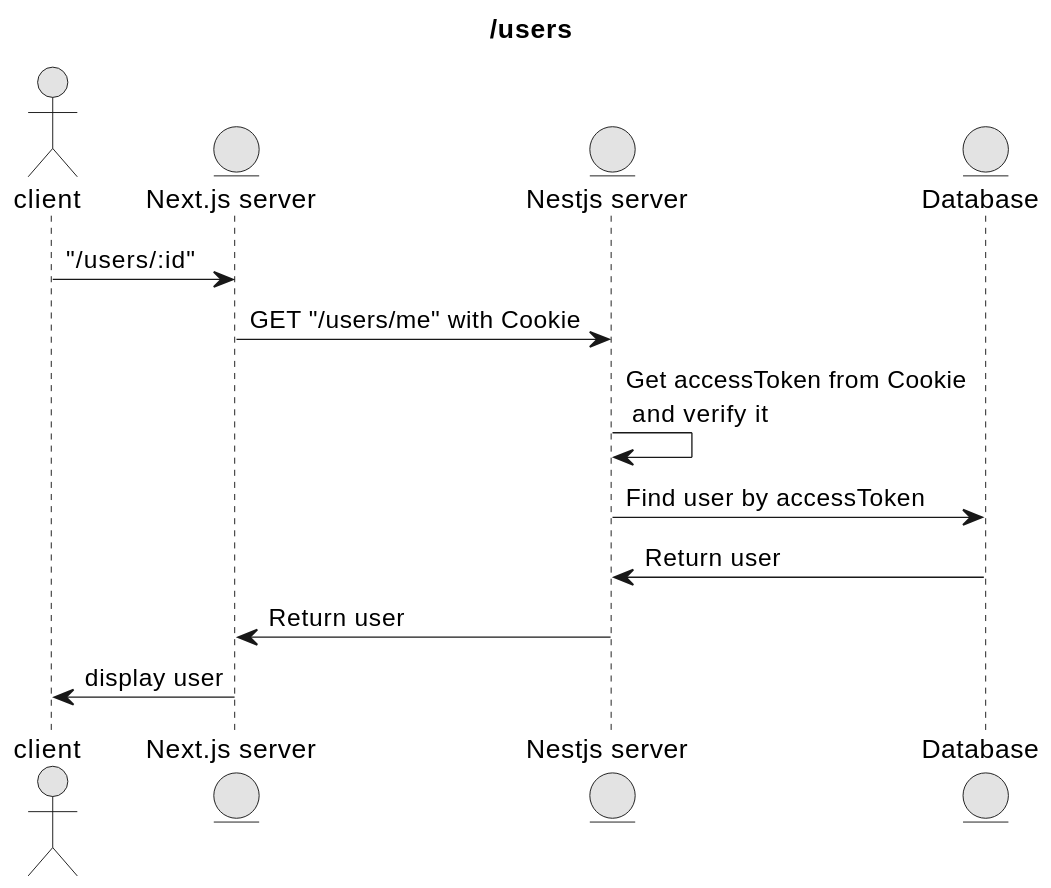
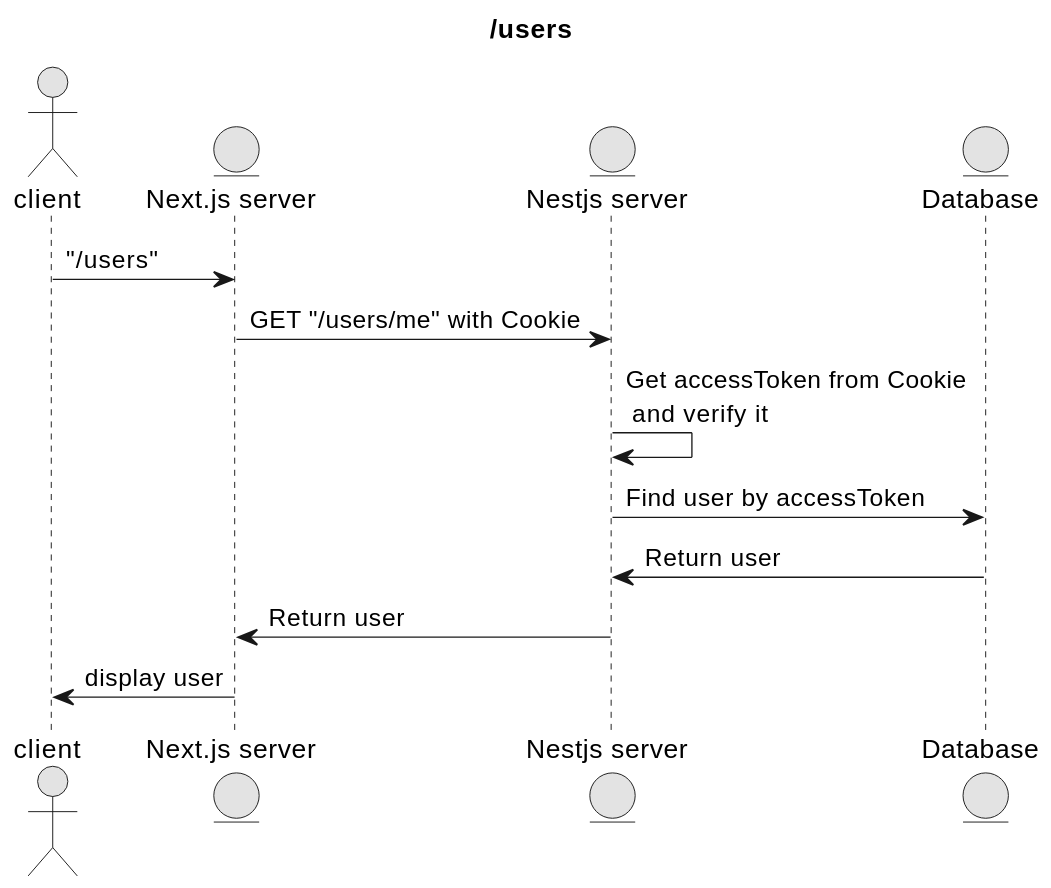
One commit to tomo324/idea-app-front changed the diagram in public/diagram/users/info.adoc. Above: the diagram before and after it, drawn with PlantUML. The commit also changed 4 other files, not shown here.

```diff
--- a/public/diagram/users/info.adoc
+++ b/public/diagram/users/info.adoc
@@ -1,20 +1,20 @@
 [plantuml,alice-bob,svg,role=sequence]
 ....
 title /users
 skinparam monochrome true
 skinparam ranksep 20
 skinparam dpi 150
 skinparam arrowThickness 0.7
 
 actor client
 entity "Next.js server" as next
 entity "Nestjs server" as nest
 entity "Database" as db
-client->next: "/users/:id"
+client->next: "/users"
 next->nest: GET "/users/me" with Cookie
 nest->nest: Get accessToken from Cookie \n and verify it
 nest->db: Find user by  accessToken
 db->nest: Return user
 nest->next: Return user
 next->client: display user
 ....
```
